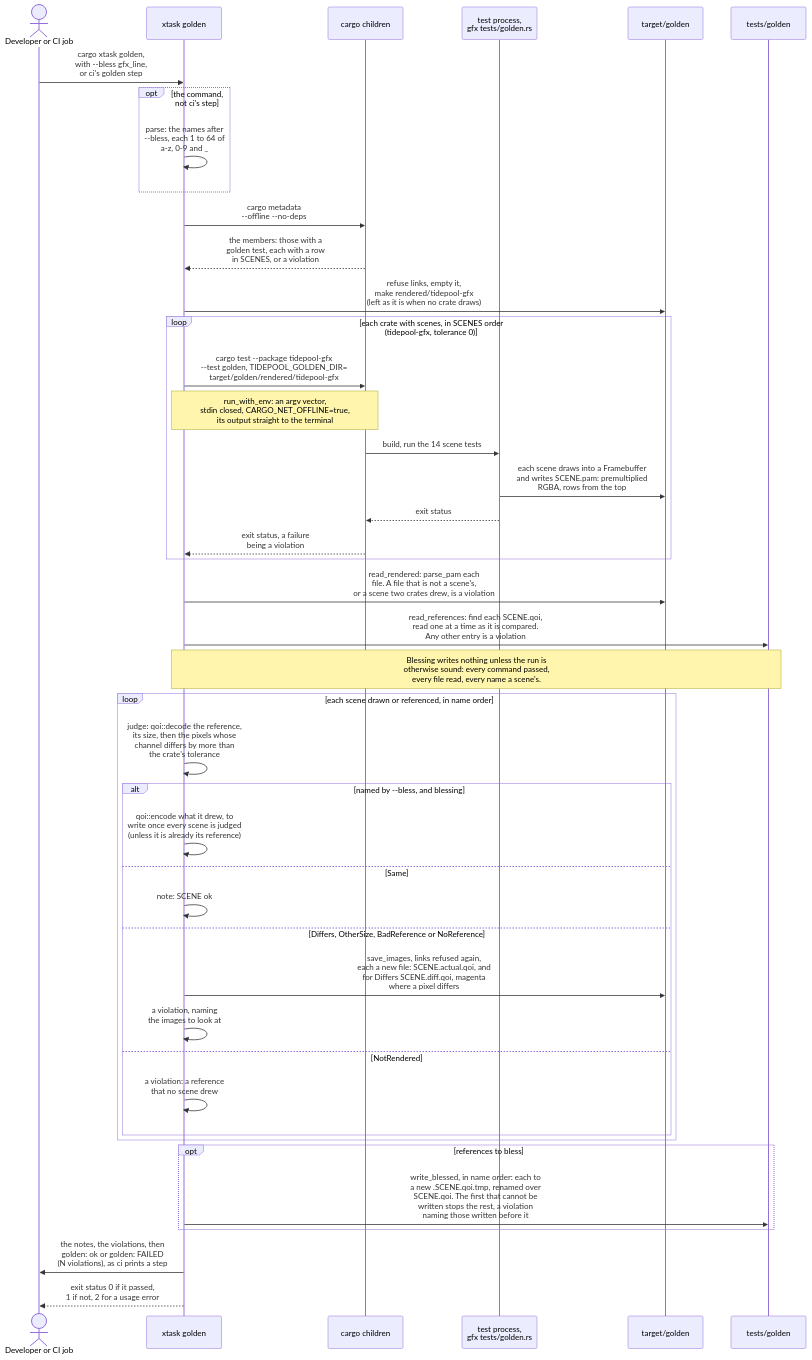
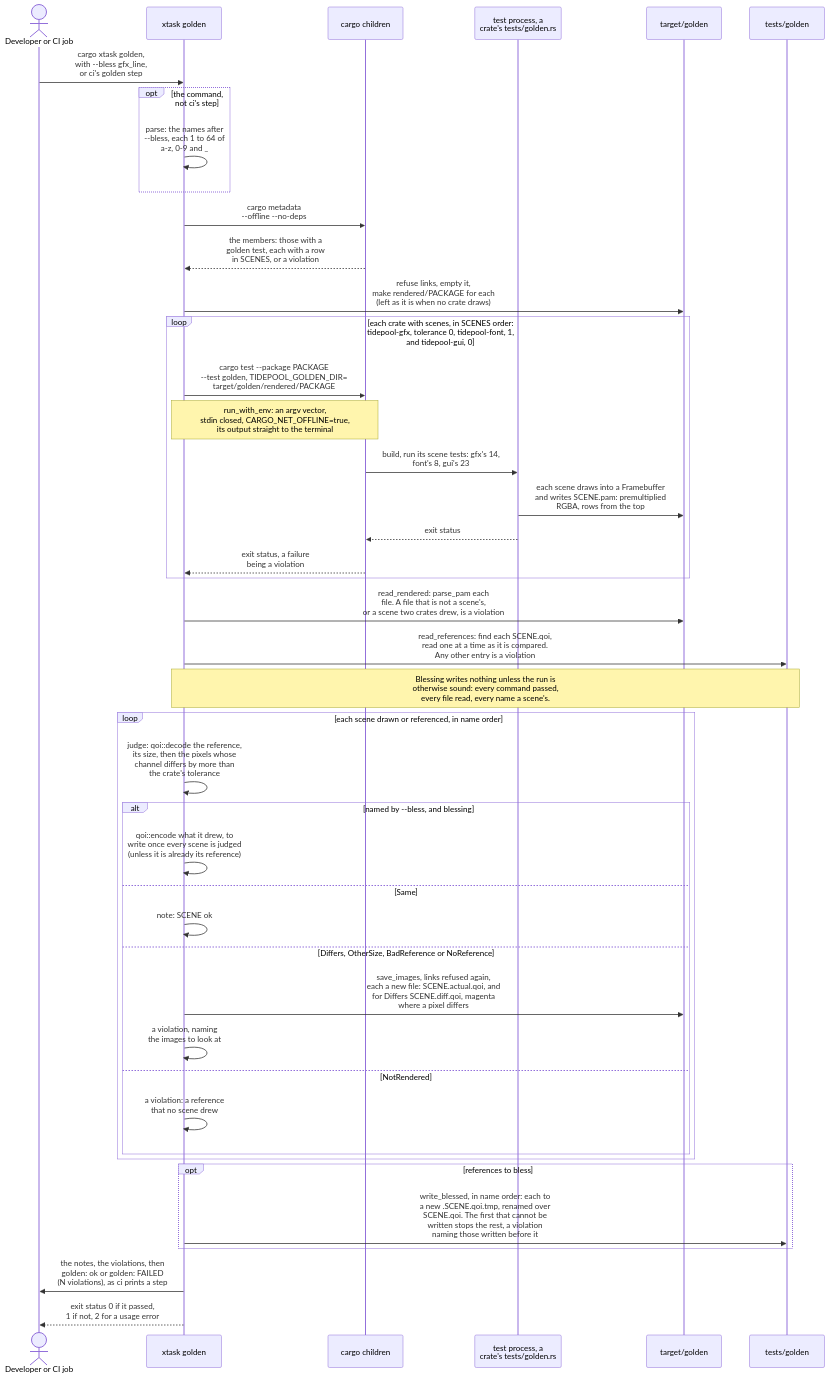
Before and after one commit to jabbott-iii/Tidepool: the second of 23 diagrams in diagrams/sequence-diagrams.md, drawn with Mermaid. The commit also changed other lines of this file and 51 other files, not shown here.

````diff
--- a/diagrams/sequence-diagrams.md
+++ b/diagrams/sequence-diagrams.md
@@ -139,46 +140,46 @@
 ```mermaid
 sequenceDiagram
     actor Dev as Developer or CI job
     participant Gold as xtask golden
     participant Cargo as cargo children
-    participant Test as test process,<br/>gfx tests/golden.rs
+    participant Test as test process, a<br/>crate's tests/golden.rs
     participant Out as target/golden
     participant Ref as tests/golden
 
     Dev->>Gold: cargo xtask golden,<br/>with --bless gfx_line,<br/>or ci's golden step
     opt the command, not ci's step
         Gold->>Gold: parse: the names after<br/>--bless, each 1 to 64 of<br/>a-z, 0-9 and _
     end
     Gold->>Cargo: cargo metadata<br/>--offline --no-deps
     Cargo-->>Gold: the members: those with a<br/>golden test, each with a row<br/>in SCENES, or a violation
-    Gold->>Out: refuse links, empty it,<br/>make rendered/tidepool-gfx<br/>(left as it is when no crate draws)
-    loop each crate with scenes, in SCENES order (tidepool-gfx, tolerance 0)
-        Gold->>Cargo: cargo test --package tidepool-gfx<br/>--test golden, TIDEPOOL_GOLDEN_DIR=<br/>target/golden/rendered/tidepool-gfx
+    Gold->>Out: refuse links, empty it,<br/>make rendered/PACKAGE for each<br/>(left as it is when no crate draws)
+    loop each crate with scenes, in SCENES order: tidepool-gfx, tolerance 0, tidepool-font, 1, and tidepool-gui, 0
+        Gold->>Cargo: cargo test --package PACKAGE<br/>--test golden, TIDEPOOL_GOLDEN_DIR=<br/>target/golden/rendered/PACKAGE
         Note over Gold,Cargo: run_with_env: an argv vector,<br/>stdin closed, CARGO_NET_OFFLINE=true,<br/>its output straight to the terminal
-        Cargo->>Test: build, run the 14 scene tests
+        Cargo->>Test: build, run its scene tests: gfx's 14,<br/>font's 8, gui's 23
         Test->>Out: each scene draws into a Framebuffer<br/>and writes SCENE.pam: premultiplied<br/>RGBA, rows from the top
         Test-->>Cargo: exit status
         Cargo-->>Gold: exit status, a failure<br/>being a violation
     end
     Gold->>Out: read_rendered: parse_pam each<br/>file. A file that is not a scene's,<br/>or a scene two crates drew, is a violation
     Gold->>Ref: read_references: find each SCENE.qoi,<br/>read one at a time as it is compared.<br/>Any other entry is a violation
     Note over Gold,Ref: Blessing writes nothing unless the run is<br/>otherwise sound: every command passed,<br/>every file read, every name a scene's.
     loop each scene drawn or referenced, in name order
         Gold->>Gold: judge: qoi::decode the reference,<br/>its size, then the pixels whose<br/>channel differs by more than<br/>the crate's tolerance
         alt named by --bless, and blessing
             Gold->>Gold: qoi::encode what it drew, to<br/>write once every scene is judged<br/>(unless it is already its reference)
         else Same
             Gold->>Gold: note: SCENE ok
         else Differs, OtherSize, BadReference or NoReference
             Gold->>Out: save_images, links refused again,<br/>each a new file: SCENE.actual.qoi, and<br/>for Differs SCENE.diff.qoi, magenta<br/>where a pixel differs
             Gold->>Gold: a violation, naming<br/>the images to look at
         else NotRendered
             Gold->>Gold: a violation: a reference<br/>that no scene drew
         end
     end
     opt references to bless
         Gold->>Ref: write_blessed, in name order: each to<br/>a new .SCENE.qoi.tmp, renamed over<br/>SCENE.qoi. The first that cannot be<br/>written stops the rest, a violation<br/>naming those written before it
     end
     Gold->>Dev: the notes, the violations, then<br/>golden: ok or golden: FAILED<br/>(N violations), as ci prints a step
     Gold-->>Dev: exit status 0 if it passed,<br/>1 if not, 2 for a usage error
 ```
````
